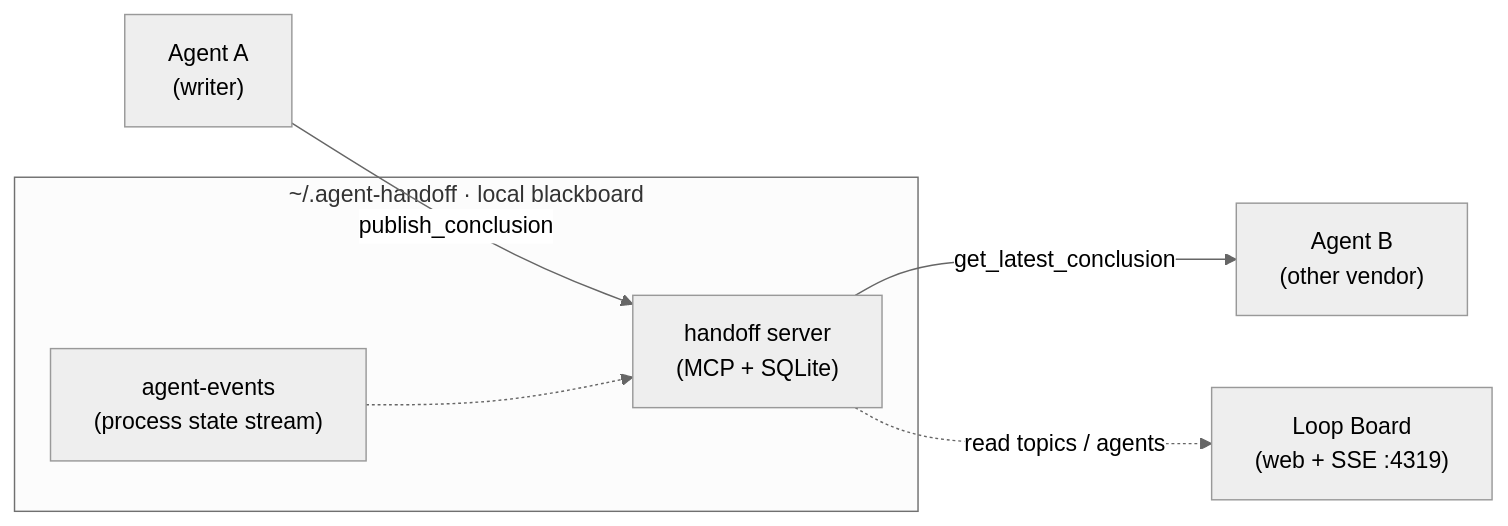
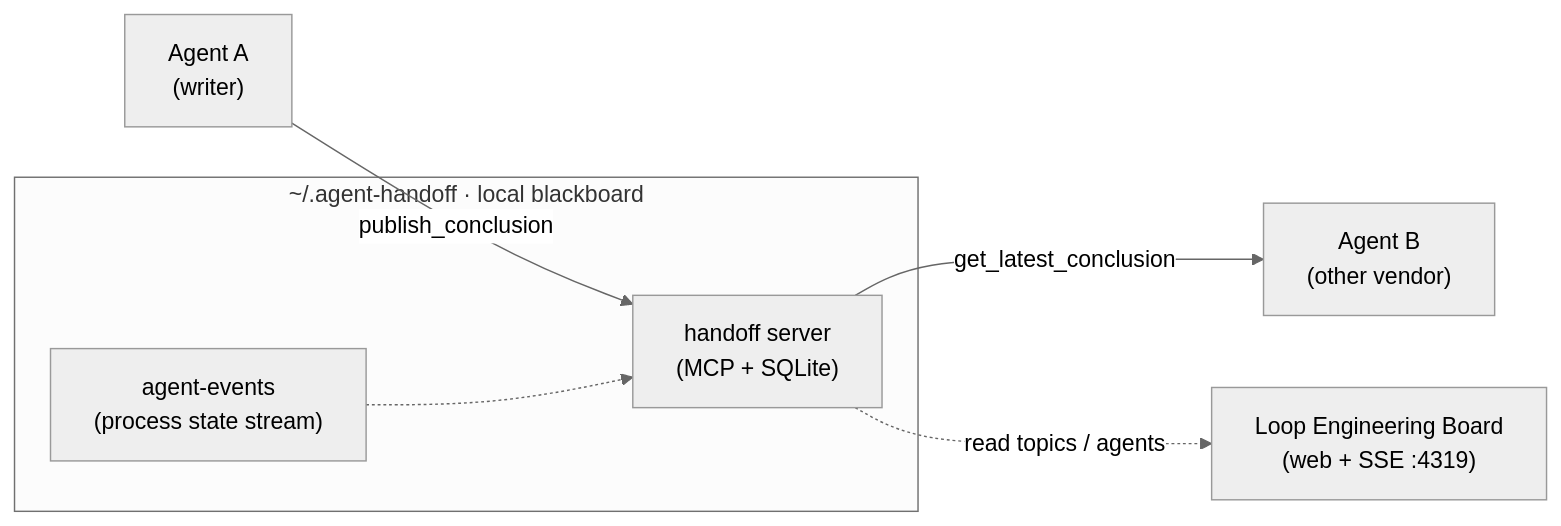
The diagram in README.md (yumingtao/agent-handoff), drawn with Mermaid (neutral theme) before and after one commit. The commit also changed other lines of this file and 8 other files, not shown here.

Commit message:
chore: unify board product name as Loop Engineering Board and define the loop in docs

````diff
--- a/README.md
+++ b/README.md
@@ -28,16 +32,16 @@
 ```mermaid
 flowchart LR
     A["Agent A<br>(writer)"]
     B["Agent B<br>(other vendor)"]
-    L["Loop Board<br>(web + SSE :4319)"]
+    L["Loop Engineering Board<br>(web + SSE :4319)"]
 
     subgraph LOCAL["~/.agent-handoff · local blackboard"]
         S["handoff server<br>(MCP + SQLite)"]
         E["agent-events<br>(process state stream)"]
     end
 
     A -->|publish_conclusion| S
     S -->|get_latest_conclusion| B
     E -.-> S
     S -.->|read topics / agents| L
 ```
````
